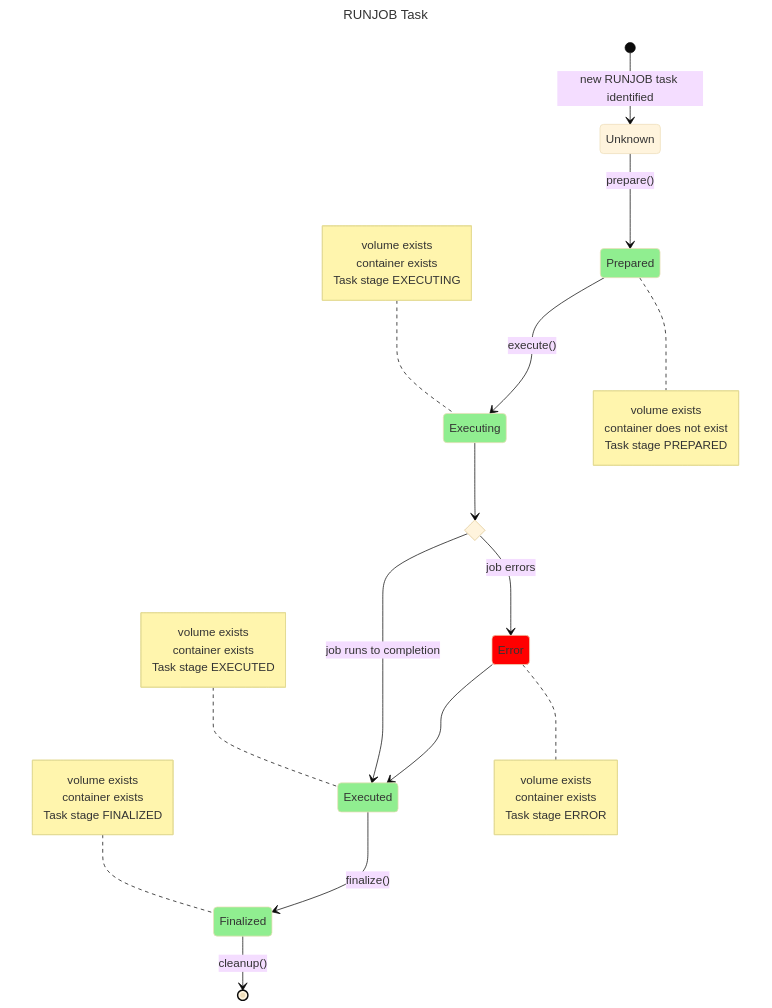
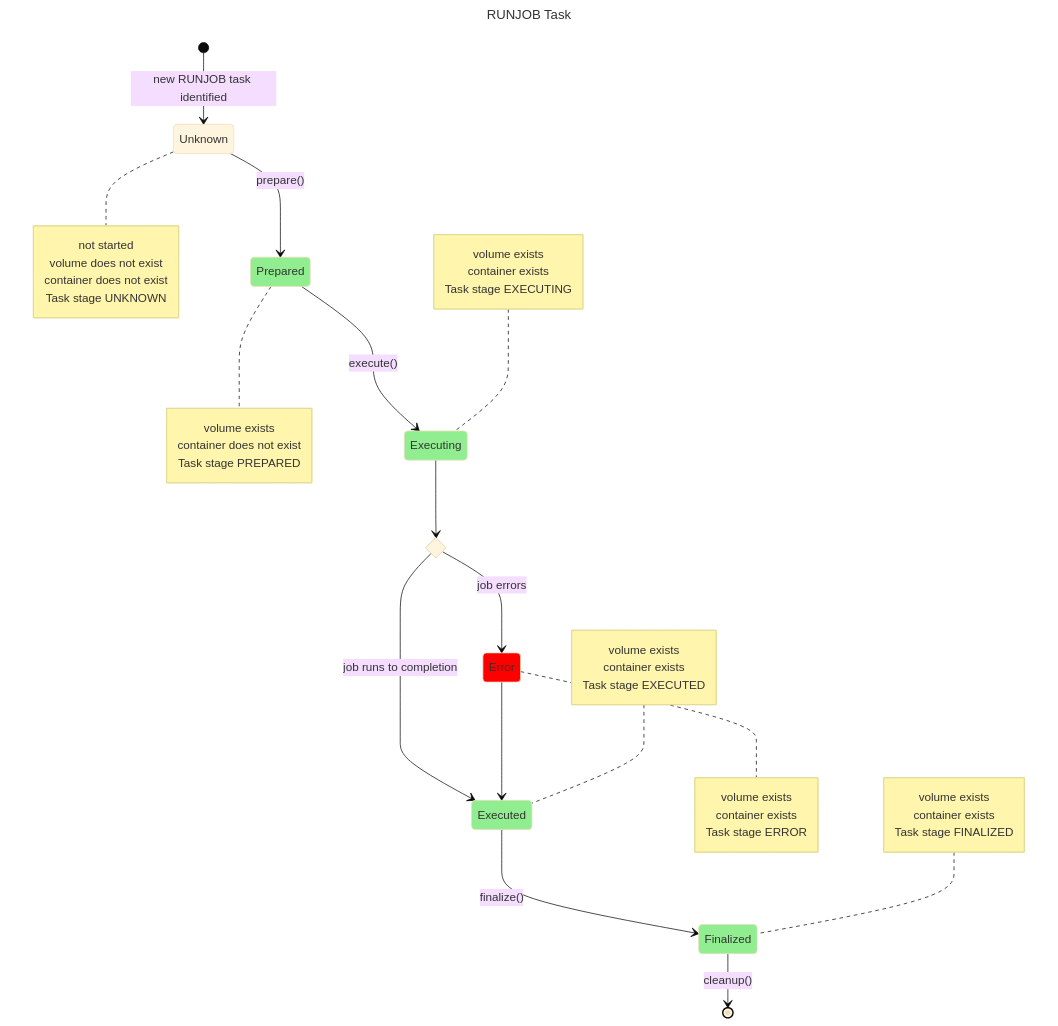
Before and after one commit to opensafely-core/job-runner: the first of 2 diagrams in docs/agent_state_diagram.md, drawn with Mermaid (base theme). The commit also changed other lines of this file and 1 other file, not shown here.

Commit message:
diagram updates

````diff
--- a/docs/agent_state_diagram.md
+++ b/docs/agent_state_diagram.md
@@ -11,66 +11,73 @@
 ```mermaid
 ---
 title: RUNJOB Task
 ---
 stateDiagram
     %% runjob
     unknown: Unknown
     prepared: Prepared
     executing: Executing
     executed: Executed
     finalized: Finalized
     error: Error
 
     [*] --> unknown: new RUNJOB task identified
 
     unknown --> prepared: prepare()
 
     prepared --> executing: execute()
 
     state execution_fail_fork_state <<choice>>
     executing --> execution_fail_fork_state
     execution_fail_fork_state --> executed: job runs to completion
     execution_fail_fork_state --> error: job errors
 
     error --> executed
     executed --> finalized: finalize()
 
     finalized --> [*]: cleanup()
+
+    note right of unknown
+        not started
+        volume does not exist
+        container does not exist
+        Task stage UNKNOWN
+    end note
 
     note right of prepared
         volume exists
         container does not exist
         Task stage PREPARED
     end note
 
     note left of executing
         volume exists
         container exists
         Task stage EXECUTING
     end note
 
     note left of executed
         volume exists
         container exists
         Task stage EXECUTED
     end note
 
     note left of finalized
         volume exists
         container exists
         Task stage FINALIZED
     end note
 
     note right of error
         volume exists
         container exists
         Task stage ERROR
     end note
 
 
 classDef success fill:lightgreen;
 classDef error fill:red;
 
 class error error
 class prepared,executing,executed,finalized success
 ```
````
